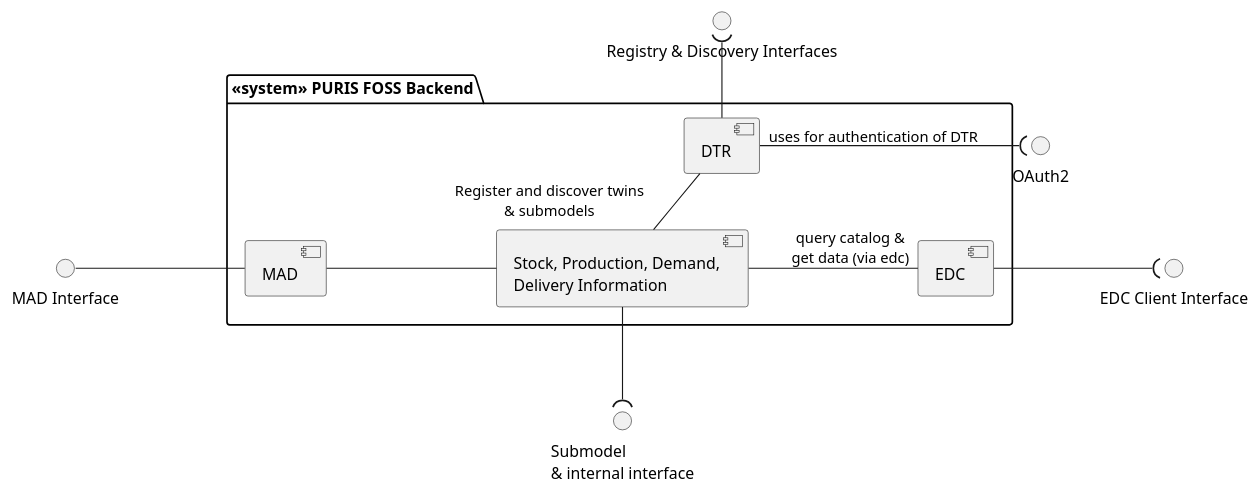
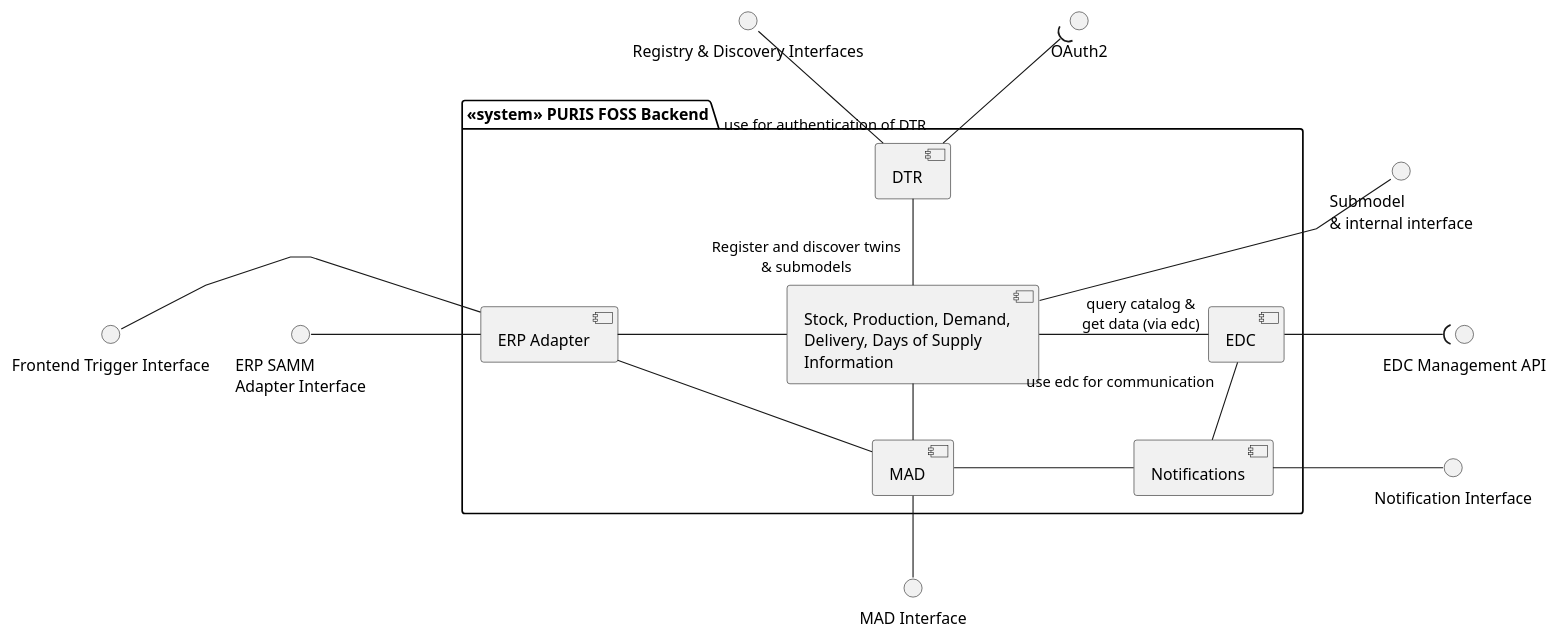
Before and after one commit to eclipse-tractusx/puris: the diagram in docs/architecture/puml/05-level-1-backend.puml, drawn with PlantUML. The commit also changed 6 other files, not shown here.

Commit message:
docs(BuildingBlockView): added notifications and days of supply

```diff
--- a/docs/architecture/puml/05-level-1-backend.puml
+++ b/docs/architecture/puml/05-level-1-backend.puml
@@ -1,25 +1,45 @@
 @startuml
 skinparam linetype polyline
 skinparam nodesep 150
 skinparam ranksep 50
 
+() mad_interface as "MAD Interface"
+() dtr_interface as "Registry & Discovery Interfaces"
+() oauth as "OAuth2"
+() erp_interface as "ERP SAMM\nAdapter Interface"
+() edc_interface as "EDC Management API"
+() not_interface as "Notification Interface"
+() erp_frontend_interface as "Frontend Trigger Interface"
+() data_interface as "Submodel \n& internal interface"
+
 package "<<system>> PURIS FOSS Backend"{
 
   [DTR] as dtr
+  [ERP Adapter] as erp
+  [Stock, Production, Demand,\nDelivery, Days of Supply\nInformation] as stock
   [EDC] as edc
-  [Stock, Production, Demand,\nDelivery Information] as stock
+  [Notifications] as not
   [MAD] as mad
 }
 
-"Registry & Discovery Interfaces" )-- dtr
-"MAD Interface" - mad
-edc -( "EDC Client Interface"
-stock --( "Submodel \n& internal interface"
+erp -left- erp_interface
+erp -left- erp_frontend_interface
+dtr_interface -down- dtr
+oauth )-down-  "use for authentication of DTR" dtr
 
-dtr -- "Register and discover twins\n& submodels" stock
-stock - "query catalog &\nget data (via edc)" edc
-mad - stock
+not -up- "use edc for communication" edc
 
-"OAuth2" )-  "uses for authentication of DTR" dtr
+dtr -down- "Register and discover twins\n& submodels" stock
+data_interface -down- stock
+stock -left- erp
+stock -right- "query catalog &\nget data (via edc)" edc
+stock -down- mad
+edc -right-( edc_interface
+
+mad -- mad_interface
+mad -right- not
+erp -- mad
+
+not -right- not_interface
 
 @enduml
```
